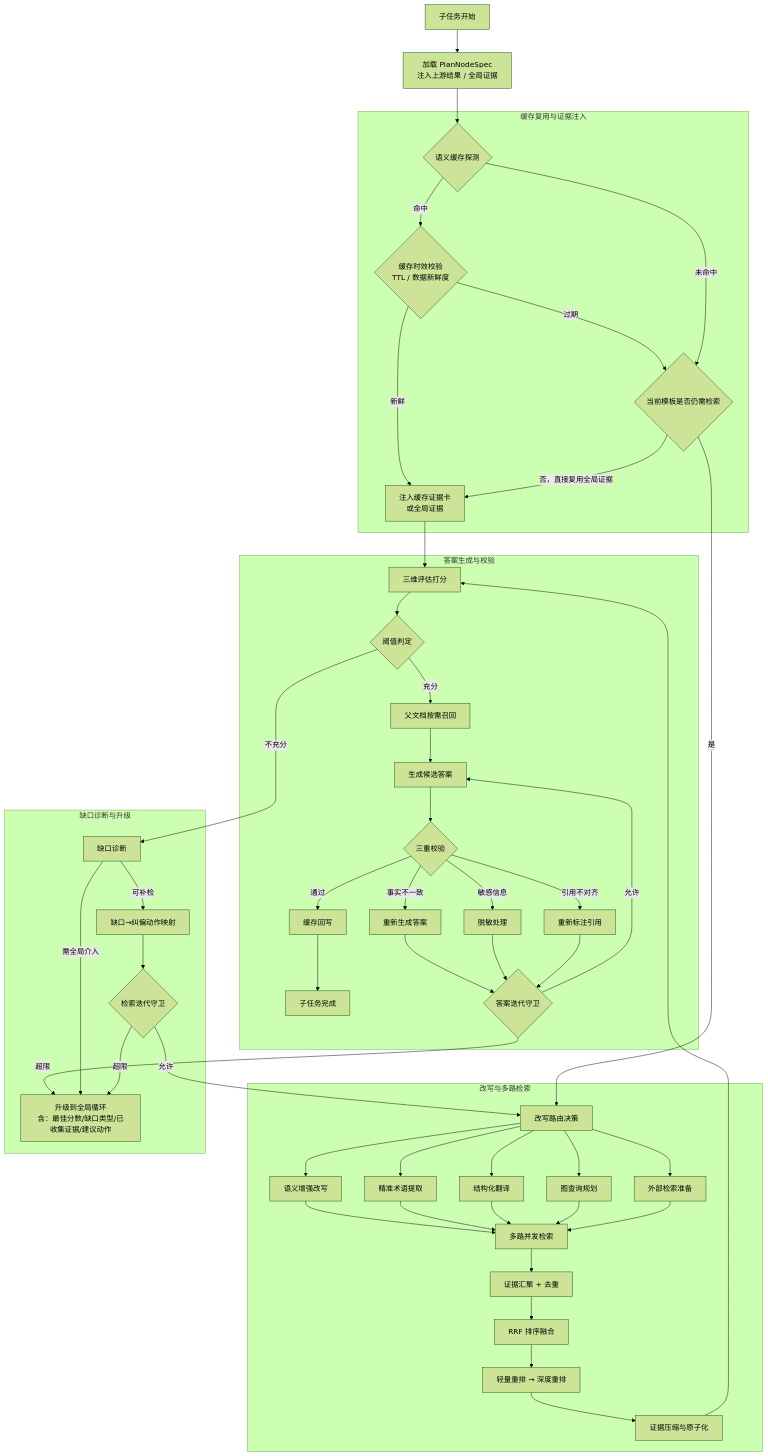
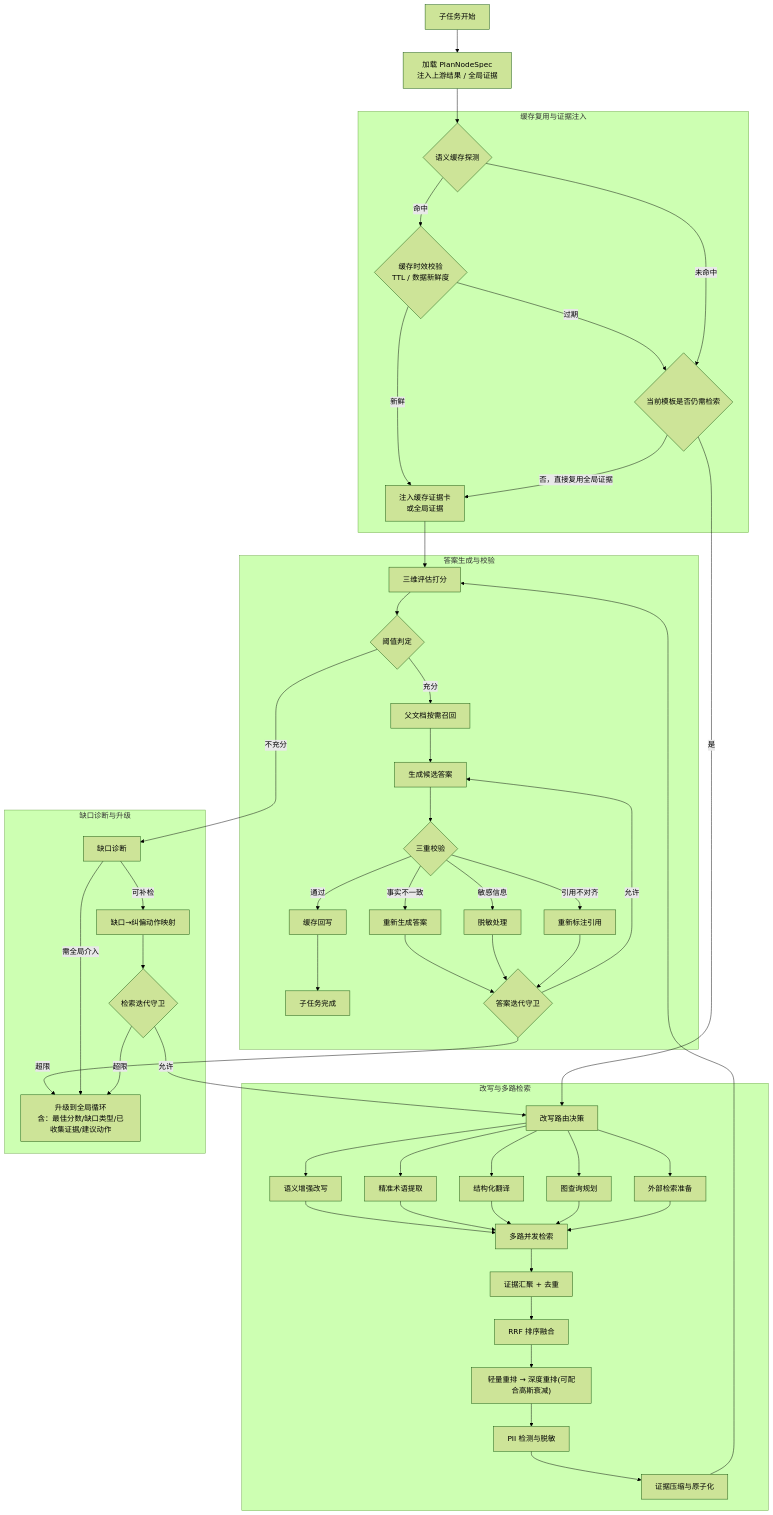
Before and after one commit to kkk935208447/learning_common_lib: the fifth of 6 diagrams in src/learning_common_lib/案例/用户AgenticRAG检索/架构设计规划.md, drawn with Mermaid (forest theme). The commit also changed other lines of this file and 4 other files, not shown here.

````diff
--- a/src/learning_common_lib/案例/用户AgenticRAG检索/架构设计规划.md
+++ b/src/learning_common_lib/案例/用户AgenticRAG检索/架构设计规划.md
@@ -994,76 +1003,77 @@
 ```mermaid
 flowchart TD
     Start["子任务开始"] --> LoadSpec["加载 PlanNodeSpec<br/>注入上游结果 / 全局证据"]
 
     subgraph CacheAndReuse["缓存复用与证据注入"]
         CacheProbe{"语义缓存探测"}
         FreshnessCheck{"缓存时效校验<br/>TTL / 数据新鲜度"}
         NeedRetrieve{"当前模板是否仍需检索"}
         InjectEvidence["注入缓存证据卡<br/>或全局证据"]
     end
 
     subgraph RewriteAndRetrieve["改写与多路检索"]
         RewriteRoute["改写路由决策"]
         QV["语义增强改写"]
         QK["精准术语提取"]
         QS["结构化翻译"]
         QG["图查询规划"]
         QW["外部检索准备"]
         Retrieval["多路并发检索"]
         Merge["证据汇聚 + 去重"]
         Fusion["RRF 排序融合"]
-        Rerank["轻量重排 → 深度重排"]
+        Rerank["轻量重排 → 深度重排(可配合高斯衰减)"]
+        PIISanitize["PII 检测与脱敏"]
         Compress["证据压缩与原子化"]
     end
 
     subgraph AnswerAndVerify["答案生成与校验"]
         EvalScore["三维评估打分"]
         Threshold{"阈值判定"}
         ParentHydration["父文档按需召回"]
         DraftClaims["生成候选答案"]
         Verify{"三重校验"}
         CacheWrite["缓存回写"]
         Done["子任务完成"]
         RetryFactual["重新生成答案"]
         RetrySensitive["脱敏处理"]
         RetryCitation["重新标注引用"]
         VerifyGuard{"答案迭代守卫"}
     end
 
     subgraph GapAndEscalation["缺口诊断与升级"]
         GapDiag["缺口诊断"]
         GapMap["缺口→纠偏动作映射"]
         LocalGuard{"检索迭代守卫"}
         Escalate["升级到全局循环<br/>含：最佳分数/缺口类型/已收集证据/建议动作"]
     end
 
     LoadSpec --> CacheProbe
     CacheProbe -- "命中" --> FreshnessCheck
     FreshnessCheck -- "新鲜" --> InjectEvidence
     FreshnessCheck -- "过期" --> NeedRetrieve
     CacheProbe -- "未命中" --> NeedRetrieve
     NeedRetrieve -- "否，直接复用全局证据" --> InjectEvidence
     NeedRetrieve -- "是" --> RewriteRoute
 
     RewriteRoute --> QV & QK & QS & QG & QW
     QV & QK & QS & QG & QW --> Retrieval
-    Retrieval --> Merge --> Fusion --> Rerank --> Compress
+    Retrieval --> Merge --> Fusion --> Rerank --> PIISanitize --> Compress
     Compress --> EvalScore
     InjectEvidence --> EvalScore
     EvalScore --> Threshold
 
     Threshold -- "充分" --> ParentHydration --> DraftClaims --> Verify
     Verify -- "通过" --> CacheWrite --> Done
 
     Verify -- "事实不一致" --> RetryFactual --> VerifyGuard
     Verify -- "敏感信息" --> RetrySensitive --> VerifyGuard
     Verify -- "引用不对齐" --> RetryCitation --> VerifyGuard
     VerifyGuard -- "允许" --> DraftClaims
     VerifyGuard -- "超限" --> Escalate
 
     Threshold -- "不充分" --> GapDiag
     GapDiag -- "可补检" --> GapMap --> LocalGuard
     GapDiag -- "需全局介入" --> Escalate
     LocalGuard -- "允许" --> RewriteRoute
     LocalGuard -- "超限" --> Escalate
 ```
````
